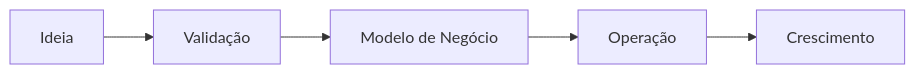
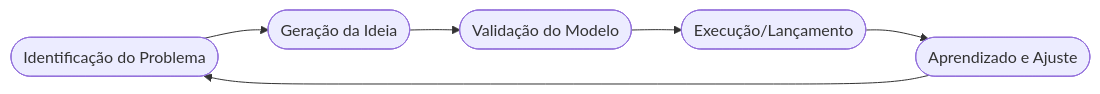
One commit to ricardotecpro/adm_gestao_dmn changed the diagram in docs/slides/src/slide-01.md. Above: the diagram before and after it, drawn with Mermaid. The commit also changed other lines of this file and 171 other files, not shown here.

````diff
--- a/docs/slides/src/slide-01.md
+++ b/docs/slides/src/slide-01.md
@@ -31,7 +77,8 @@
 ```mermaid
 graph LR
-    A["Ideia"] --> B["Validação"]
-    B --> C["Modelo de Negócio"]
-    C --> D["Operação"]
-    D --> E["Crescimento"]
+    A(["Identificação do Problema"]) --> B(["Geração da Ideia"])
+    B --> C(["Validação do Modelo"])
+    C --> D(["Execução/Lançamento"])
+    D --> E(["Aprendizado e Ajuste"])
+    E --> A
 ```
````
